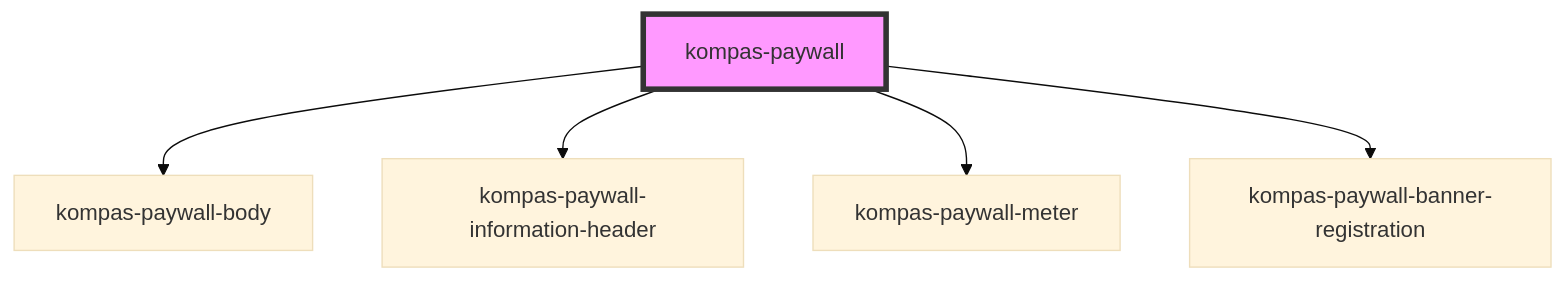
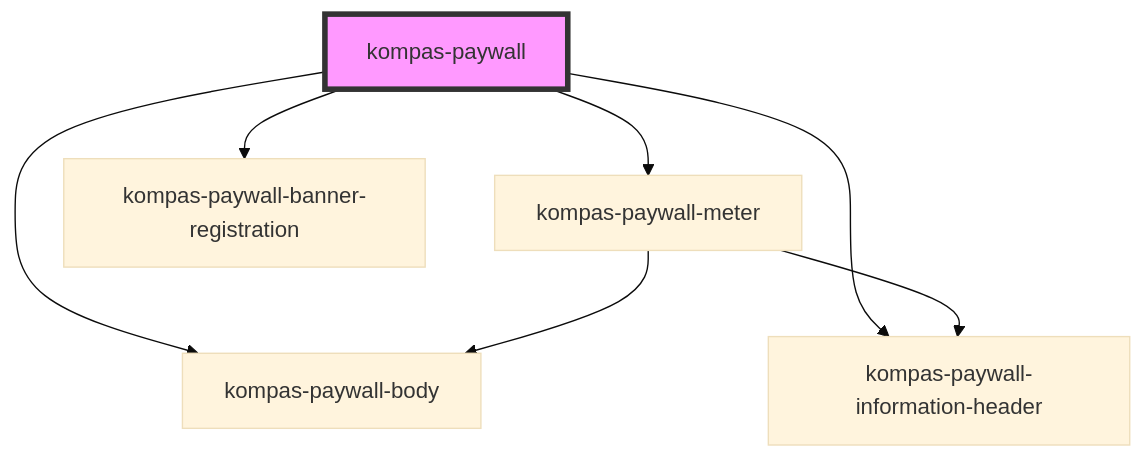
One commit to pt-kompas-media-nusantara/kompas-web-components changed the diagram in src/components/kompas-paywall/readme.md. Above: the diagram before and after it, drawn with Mermaid (base theme). The commit also changed 6 other files, not shown here.

````diff
--- a/src/components/kompas-paywall/readme.md
+++ b/src/components/kompas-paywall/readme.md
@@ -138,8 +138,10 @@
 ```mermaid
 graph TD;
   kompas-paywall --> kompas-paywall-body
   kompas-paywall --> kompas-paywall-information-header
   kompas-paywall --> kompas-paywall-meter
   kompas-paywall --> kompas-paywall-banner-registration
+  kompas-paywall-meter --> kompas-paywall-information-header
+  kompas-paywall-meter --> kompas-paywall-body
   style kompas-paywall fill:#f9f,stroke:#333,stroke-width:4px
 ```
````
